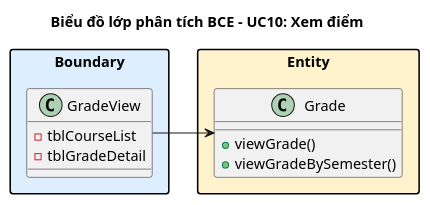
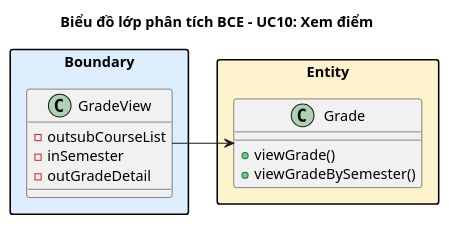
Before and after one commit to thanhtrnnn/universe: the eighth of 20 diagrams in report/md/module3_attendance_grades.md, drawn with PlantUML. The commit also changed other lines of this file and 1 other file, not shown here.

First line of the commit message:
docs(module3): apply in/out/sub attribute convention to BCE analysis diagrams

````diff
--- a/report/md/module3_attendance_grades.md
+++ b/report/md/module3_attendance_grades.md
@@ -389,24 +399,25 @@
 ```plantuml
 @startuml
 left to right direction
 skinparam linetype ortho
 skinparam packageStyle rectangle
 title Biểu đồ lớp phân tích BCE – UC10: Xem điểm
 
 package "Boundary" #DDEEFF {
   class GradeView {
-    -tblCourseList
-    -tblGradeDetail
+    -outsubCourseList
+    -inSemester
+    -outGradeDetail
   }
 }
 
 package "Entity" #FFF3CD {
   class Grade {
     +viewGrade()
     +viewGradeBySemester()
   }
 }
 
 GradeView --> Grade
 @enduml
 ```
````
